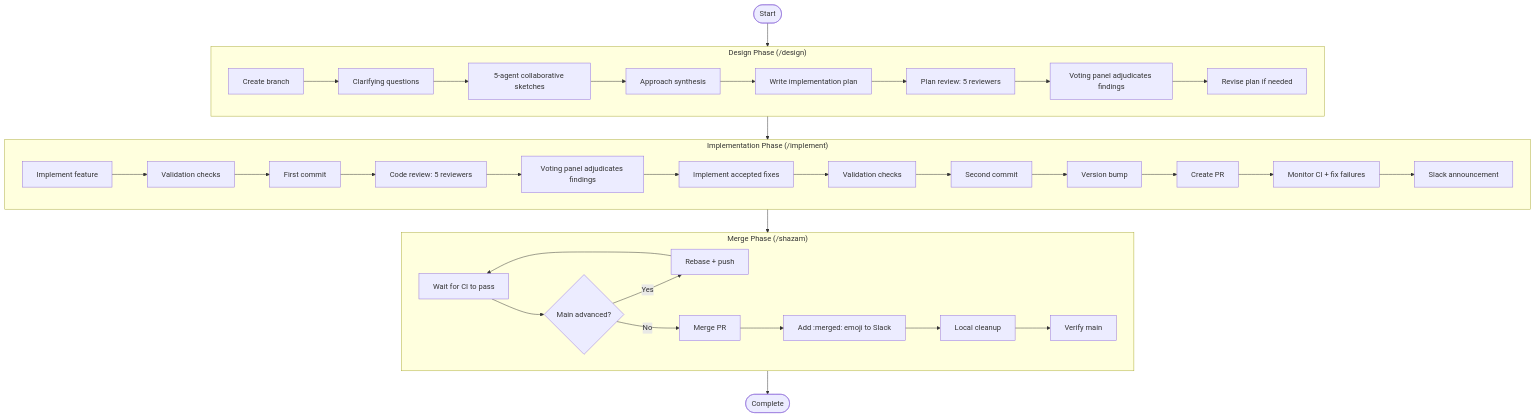
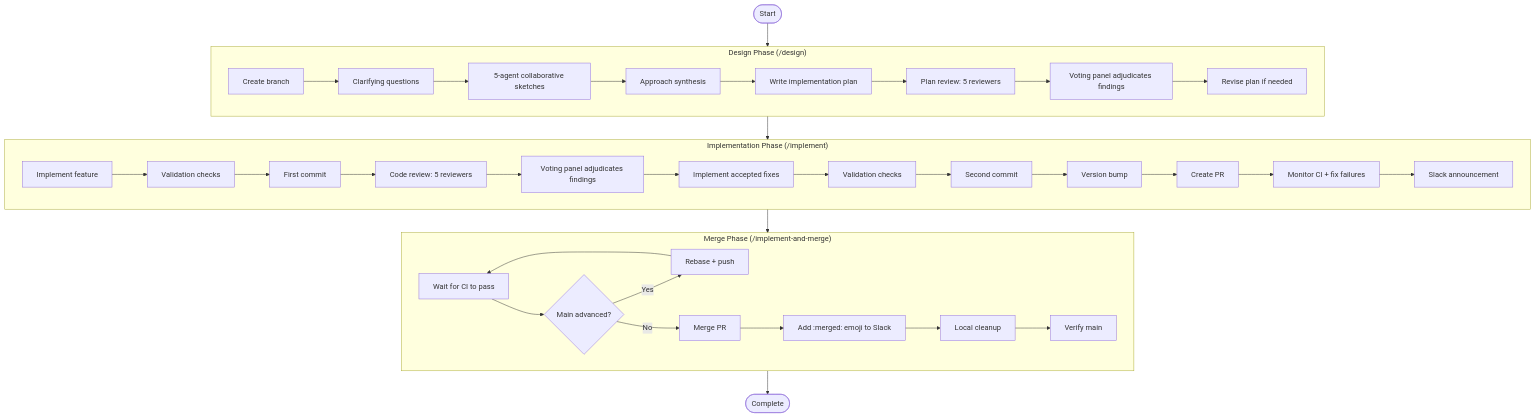
Before and after one commit to zhupanov/larch: the second of 2 diagrams in docs/workflow-lifecycle.md, drawn with Mermaid. The commit also changed other lines of this file and 9 other files, not shown here.

````diff
--- a/docs/workflow-lifecycle.md
+++ b/docs/workflow-lifecycle.md
@@ -33,44 +33,44 @@
 ```mermaid
 flowchart TD
     START([Start]) --> DESIGN_PHASE
 
     subgraph DESIGN_PHASE["Design Phase (/design)"]
         BRANCH[Create branch] --> QUESTIONS[Clarifying questions]
         QUESTIONS --> SKETCHES[5-agent collaborative sketches]
         SKETCHES --> SYNTHESIS[Approach synthesis]
         SYNTHESIS --> PLAN[Write implementation plan]
         PLAN --> PLAN_REVIEW[Plan review: 5 reviewers]
         PLAN_REVIEW --> VOTE1[Voting panel adjudicates findings]
         VOTE1 --> REVISE[Revise plan if needed]
     end
 
     DESIGN_PHASE --> IMPL_PHASE
 
     subgraph IMPL_PHASE["Implementation Phase (/implement)"]
         CODE[Implement feature] --> VALIDATE1[Validation checks]
         VALIDATE1 --> COMMIT1[First commit]
         COMMIT1 --> CODE_REVIEW[Code review: 5 reviewers]
         CODE_REVIEW --> VOTE2[Voting panel adjudicates findings]
         VOTE2 --> FIX[Implement accepted fixes]
         FIX --> VALIDATE2[Validation checks]
         VALIDATE2 --> COMMIT2[Second commit]
         COMMIT2 --> VERSION[Version bump]
         VERSION --> PR[Create PR]
         PR --> CI_MONITOR[Monitor CI + fix failures]
         CI_MONITOR --> SLACK[Slack announcement]
     end
 
     IMPL_PHASE --> MERGE_PHASE
 
-    subgraph MERGE_PHASE["Merge Phase (/shazam)"]
+    subgraph MERGE_PHASE["Merge Phase (/implement-and-merge)"]
         CI_WAIT[Wait for CI to pass] --> REBASE{Main advanced?}
         REBASE -->|Yes| DO_REBASE[Rebase + push]
         DO_REBASE --> CI_WAIT
         REBASE -->|No| MERGE[Merge PR]
         MERGE --> EMOJI[Add :merged: emoji to Slack]
         EMOJI --> CLEANUP[Local cleanup]
         CLEANUP --> VERIFY[Verify main]
     end
 
     MERGE_PHASE --> DONE([Complete])
 ```
````
